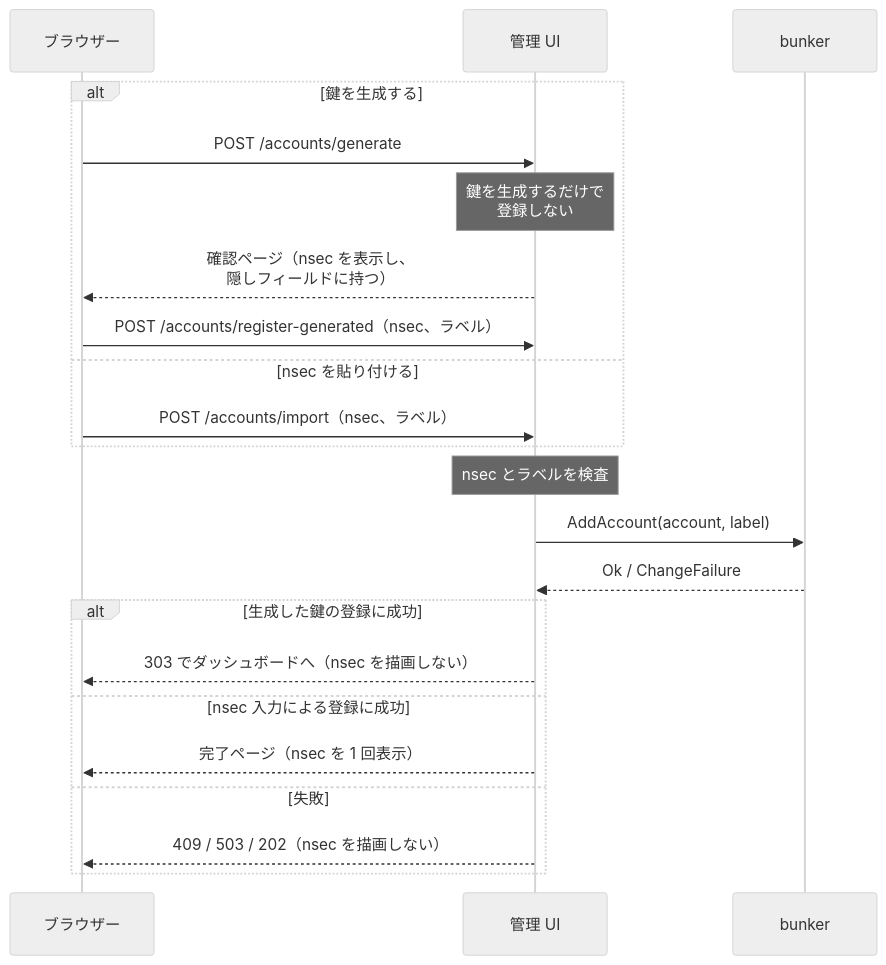
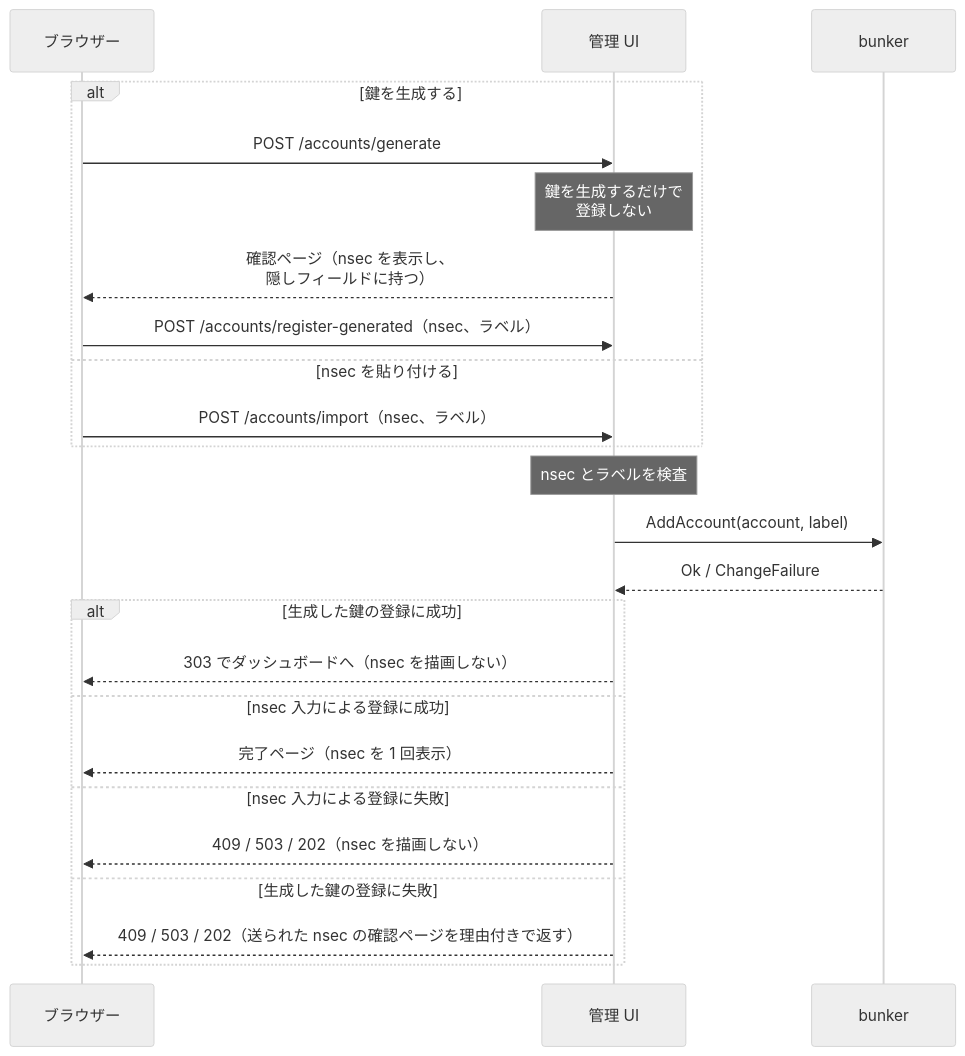
One commit to neverclear86/nostr-no-su changed the seventh of 9 diagrams in docs/architecture.md. Above: the diagram before and after it, drawn with Mermaid (neutral theme). The commit also changed other lines of this file and 11 other files, not shown here.

````diff
--- a/docs/architecture.md
+++ b/docs/architecture.md
@@ -443,25 +443,27 @@
 ```mermaid
 sequenceDiagram
     participant browser as ブラウザー
     participant ui as 管理 UI
     participant bk as bunker
 
     alt 鍵を生成する
         browser->>ui: POST /accounts/generate
         Note over ui: 鍵を生成するだけで<br/>登録しない
         ui-->>browser: 確認ページ（nsec を表示し、<br/>隠しフィールドに持つ）
         browser->>ui: POST /accounts/register-generated（nsec、ラベル）
     else nsec を貼り付ける
         browser->>ui: POST /accounts/import（nsec、ラベル）
     end
     Note over ui: nsec とラベルを検査
     ui->>bk: AddAccount(account, label)
     bk-->>ui: Ok / ChangeFailure
     alt 生成した鍵の登録に成功
         ui-->>browser: 303 でダッシュボードへ（nsec を描画しない）
     else nsec 入力による登録に成功
         ui-->>browser: 完了ページ（nsec を 1 回表示）
-    else 失敗
+    else nsec 入力による登録に失敗
         ui-->>browser: 409 / 503 / 202（nsec を描画しない）
+    else 生成した鍵の登録に失敗
+        ui-->>browser: 409 / 503 / 202（送られた nsec の確認ページを理由付きで返す）
     end
 ```
````
